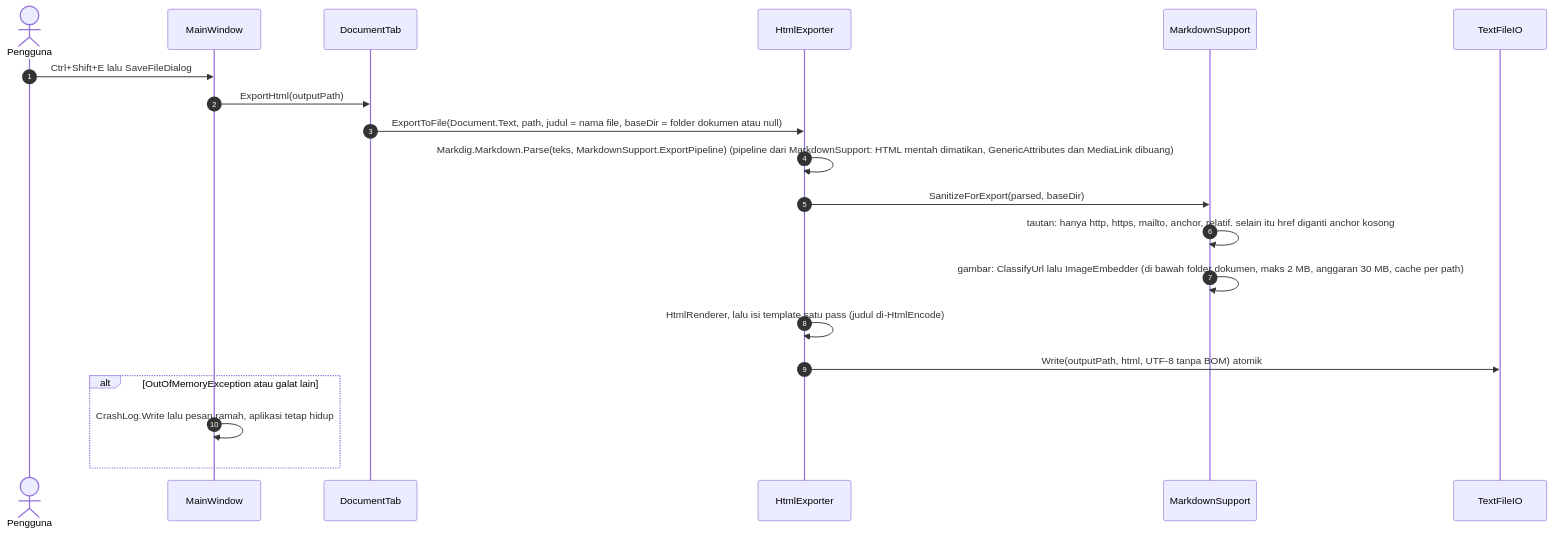
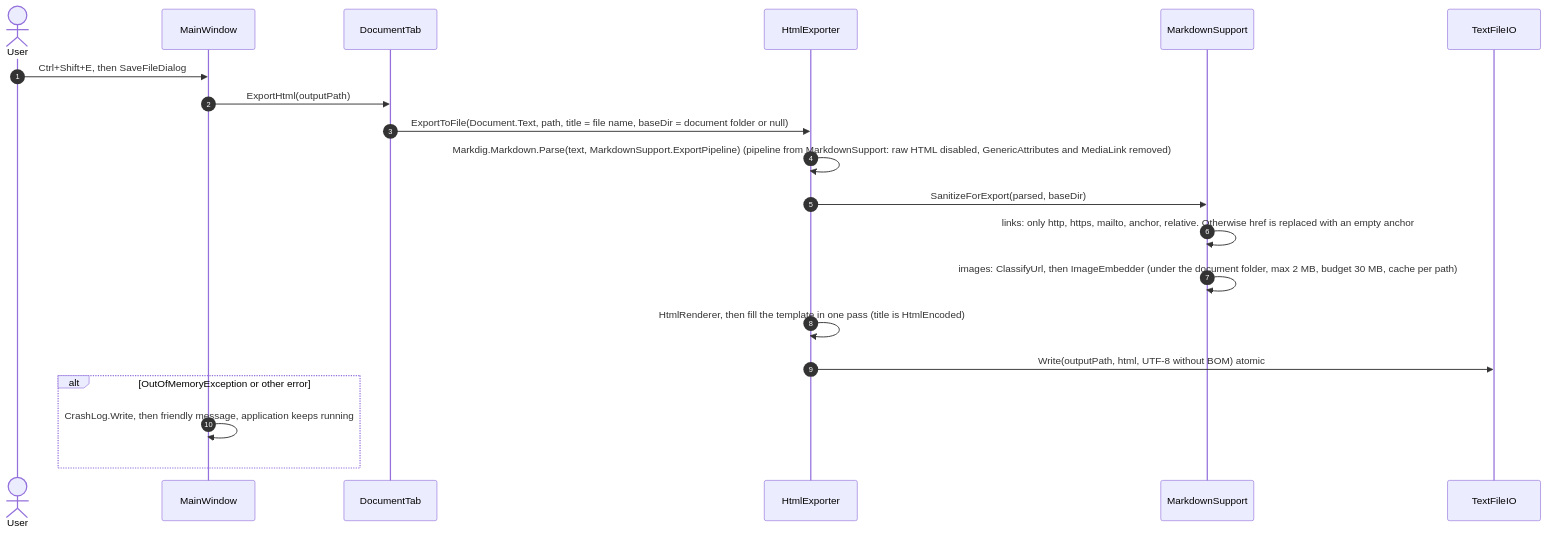
The seventh of 14 diagrams in docs/ARCHITECTURE.md (hoaaah/Makdon), drawn with Mermaid before and after one commit. The commit also changed other lines of this file and 8 other files, not shown here.

````diff
--- a/docs/ARCHITECTURE.md
+++ b/docs/ARCHITECTURE.md
@@ -427,23 +424,23 @@
 ```mermaid
 sequenceDiagram
     autonumber
-    actor U as Pengguna
+    actor U as User
     participant M as MainWindow
     participant T as DocumentTab
     participant H as HtmlExporter
     participant S as MarkdownSupport
     participant IO as TextFileIO
 
-    U->>M: Ctrl+Shift+E lalu SaveFileDialog
+    U->>M: Ctrl+Shift+E, then SaveFileDialog
     M->>T: ExportHtml(outputPath)
-    T->>H: ExportToFile(Document.Text, path, judul = nama file, baseDir = folder dokumen atau null)
-    H->>H: Markdig.Markdown.Parse(teks, MarkdownSupport.ExportPipeline) (pipeline dari MarkdownSupport: HTML mentah dimatikan, GenericAttributes dan MediaLink dibuang)
+    T->>H: ExportToFile(Document.Text, path, title = file name, baseDir = document folder or null)
+    H->>H: Markdig.Markdown.Parse(text, MarkdownSupport.ExportPipeline) (pipeline from MarkdownSupport: raw HTML disabled, GenericAttributes and MediaLink removed)
     H->>S: SanitizeForExport(parsed, baseDir)
-    S->>S: tautan: hanya http, https, mailto, anchor, relatif. selain itu href diganti anchor kosong
-    S->>S: gambar: ClassifyUrl lalu ImageEmbedder (di bawah folder dokumen, maks 2 MB, anggaran 30 MB, cache per path)
-    H->>H: HtmlRenderer, lalu isi template satu pass (judul di-HtmlEncode)
-    H->>IO: Write(outputPath, html, UTF-8 tanpa BOM) atomik
-    alt OutOfMemoryException atau galat lain
-        M->>M: CrashLog.Write lalu pesan ramah, aplikasi tetap hidup
+    S->>S: links: only http, https, mailto, anchor, relative. Otherwise href is replaced with an empty anchor
+    S->>S: images: ClassifyUrl, then ImageEmbedder (under the document folder, max 2 MB, budget 30 MB, cache per path)
+    H->>H: HtmlRenderer, then fill the template in one pass (title is HtmlEncoded)
+    H->>IO: Write(outputPath, html, UTF-8 without BOM) atomic
+    alt OutOfMemoryException or other error
+        M->>M: CrashLog.Write, then friendly message, application keeps running
     end
 ```
````
